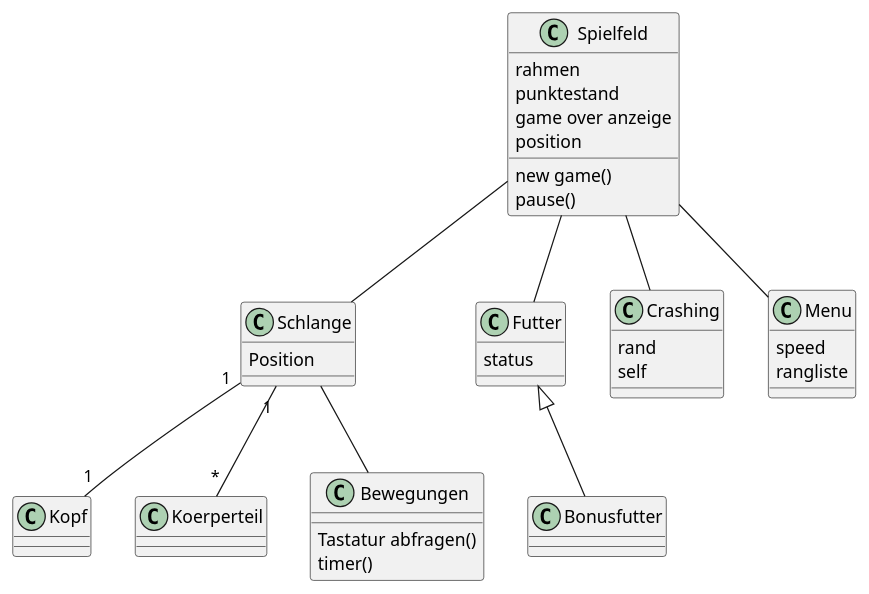
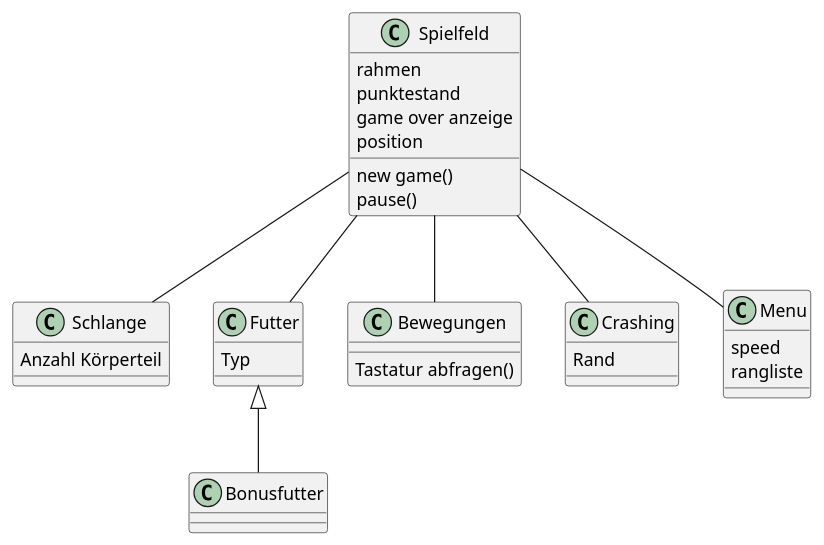
Before and after one commit to PFOTeko/Projektarbeit: the diagram in Klasse.puml, drawn with PlantUML. The commit also changed 5 other files, not shown here.

```diff
--- a/Klasse.puml
+++ b/Klasse.puml
@@ -1,52 +1,42 @@
 @startuml
 
 class Schlange{
-Position
-} 
-class Kopf{
-}
-
-class Koerperteil{
+Anzahl Körperteil
 }
 
 class Futter{
-status
-} 
+Typ
+}
 
 class Bonusfutter{
-
 }
 
 class Spielfeld{
 rahmen
 new game()
 pause()
 punktestand
 game over anzeige
 position
 } 
 
 class Bewegungen{
 Tastatur abfragen()
-timer()
 } 
 
 class Crashing{
-rand
-self
+Rand
 } 
 
 class Menu{
 speed
 rangliste
 } 
 
 Spielfeld -- Schlange
 Spielfeld -- Futter
-Schlange -- Bewegungen
+Spielfeld -- Bewegungen
 Spielfeld -- Crashing
 Spielfeld -- Menu
 Futter <|-- Bonusfutter
-Schlange  "1"--"1" Kopf
-Schlange "1"--"*" Koerperteil
 @enduml
```
